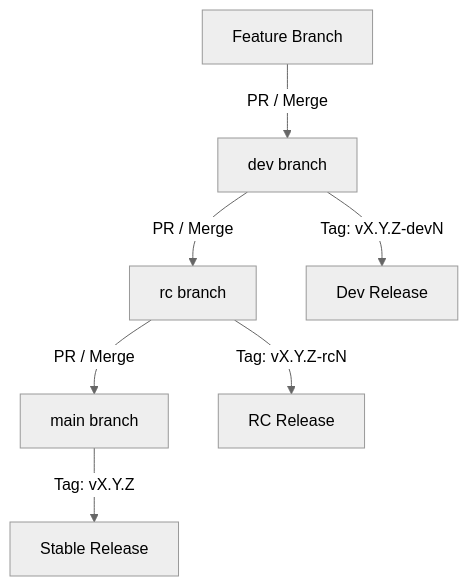
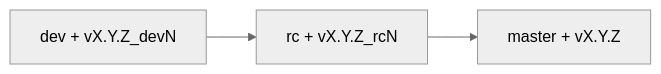
The diagram in RELEASES_AND_CHANNELS.md (erickdevit/omybuntu), drawn with Mermaid (neutral theme) before and after one commit. The commit also changed other lines of this file and 14 other files, not shown here.

First line of the commit message:
feat(release): establish v1.0 stable promotion gates

````diff
--- a/RELEASES_AND_CHANNELS.md
+++ b/RELEASES_AND_CHANNELS.md
@@ -31,10 +31,5 @@
 ```mermaid
-graph TD
-    Feature[Feature Branch] -->|PR / Merge| Dev[dev branch]
-    Dev -->|PR / Merge| RC[rc branch]
-    RC -->|PR / Merge| Main[main branch]
-    
-    Dev -->|Tag: vX.Y.Z-devN| ReleaseDev[Dev Release]
-    RC -->|Tag: vX.Y.Z-rcN| ReleaseRC[RC Release]
-    Main -->|Tag: vX.Y.Z| ReleaseStable[Stable Release]
+graph LR
+  Dev["dev + vX.Y.Z_devN"] --> RC["rc + vX.Y.Z_rcN"]
+  RC --> Stable["master + vX.Y.Z"]
 ```
````
